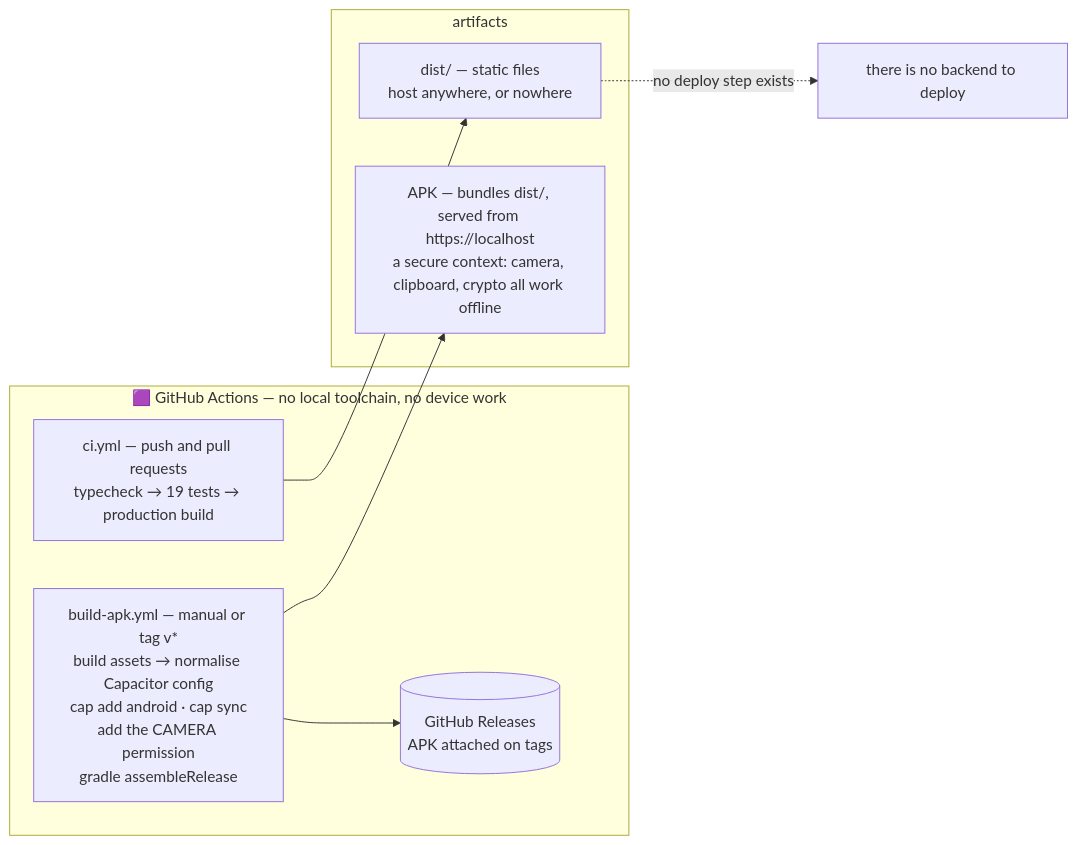
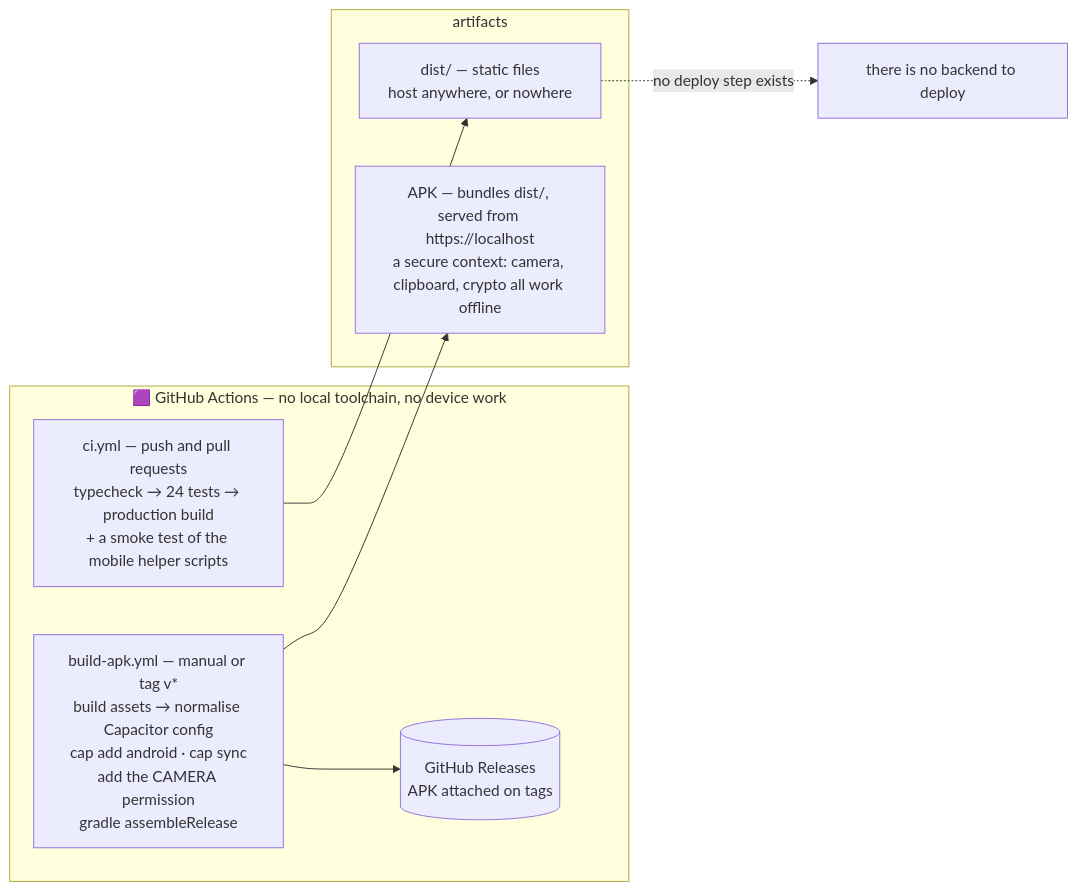
One commit to hackersfun369/streamer changed the eighth of 8 diagrams in docs/DIAGRAMS.md. Above: the diagram before and after it, drawn with Mermaid. The commit also changed other lines of this file and 18 other files, not shown here.

````diff
--- a/docs/DIAGRAMS.md
+++ b/docs/DIAGRAMS.md
@@ -259,18 +266,18 @@
 ```mermaid
 flowchart LR
     subgraph GH["🟪 GitHub Actions — no local toolchain, no device work"]
-        CI["ci.yml — push and pull requests<br/>typecheck → 19 tests → production build"]
+        CI["ci.yml — push and pull requests<br/>typecheck → 24 tests → production build<br/>+ a smoke test of the mobile helper scripts"]
         APK["build-apk.yml — manual or tag v*<br/>build assets → normalise Capacitor config<br/>cap add android · cap sync<br/>add the CAMERA permission<br/>gradle assembleRelease"]
         REL[("GitHub Releases<br/>APK attached on tags")]
     end
 
     subgraph OUT["artifacts"]
         DIST["dist/ — static files<br/>host anywhere, or nowhere"]
         MOB["APK — bundles dist/, served from https://localhost<br/>a secure context: camera, clipboard, crypto all work offline"]
     end
 
     CI --> DIST
     APK --> MOB
     APK --> REL
     DIST -.->|"no deploy step exists"| NOTE["there is no backend to deploy"]
 ```
````
